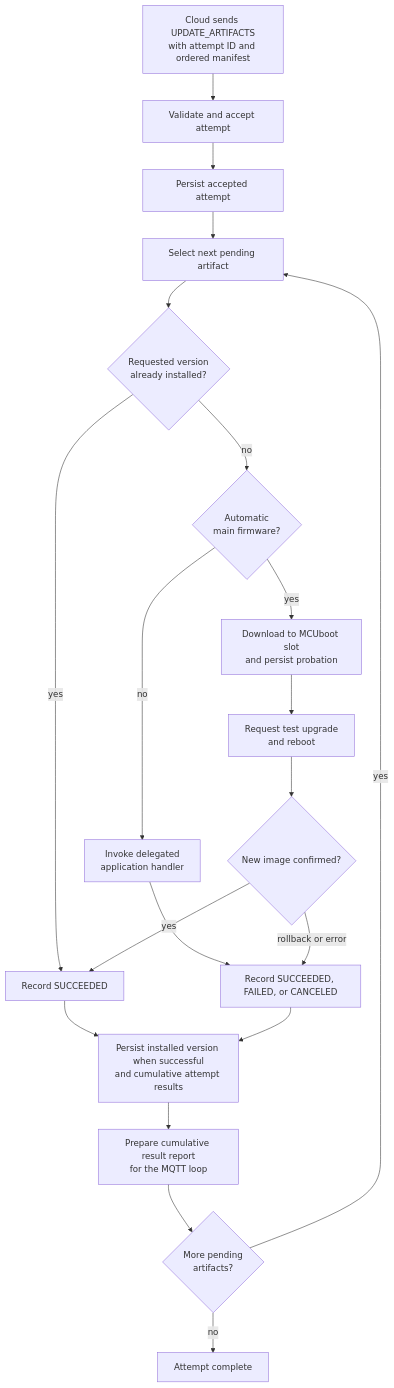
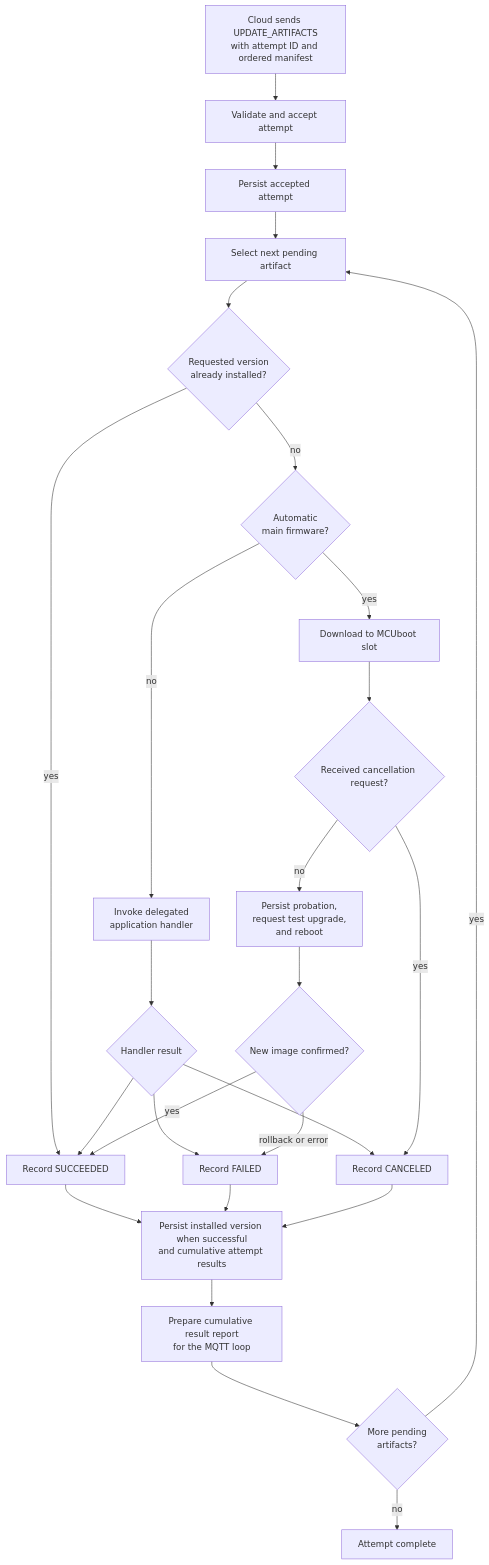
One commit to spotflow-io/device-sdk changed the first of 11 diagrams in zephyr/docs/ota.md. Above: the diagram before and after it, drawn with Mermaid.

Commit message:
Make basic workflow flowchart more precise

````diff
--- a/zephyr/docs/ota.md
+++ b/zephyr/docs/ota.md
@@ -72,30 +72,38 @@
 ```mermaid
 flowchart TD
     cloud["Cloud sends UPDATE_ARTIFACTS<br/>with attempt ID and ordered manifest"]
     accept["Validate and accept attempt"]
     persistAttempt["Persist accepted attempt"]
     next["Select next pending artifact"]
     installed{"Requested version<br/>already installed?"}
     kind{"Automatic<br/>main firmware?"}
-    skip["Record SUCCEEDED"]
     delegated["Invoke delegated<br/>application handler"]
-    main["Download to MCUboot slot<br/>and persist probation"]
-    reboot["Request test upgrade<br/>and reboot"]
+    delegatedResult{"Handler result"}
+    main["Download to MCUboot slot"]
+    isCanceled{"Received cancellation request?"}
+    reboot["Persist probation,<br/>request test upgrade,<br/>and reboot"]
     resolve{"New image confirmed?"}
-    result["Record SUCCEEDED, FAILED, or CANCELED"]
+    succeeded["Record SUCCEEDED"]
+    failed["Record FAILED"]
+    canceled["Record CANCELED"]
     persistResult["Persist installed version when successful<br/>and cumulative attempt results"]
     report["Prepare cumulative result report<br/>for the MQTT loop"]
     more{"More pending<br/>artifacts?"}
 
     cloud --> accept --> persistAttempt --> next
     next --> installed
-    installed -- yes --> skip --> persistResult
+    installed -- yes --> succeeded
     installed -- no --> kind
-    kind -- no --> delegated --> result --> persistResult
-    kind -- yes --> main --> reboot --> resolve
-    resolve -- yes --> skip
-    resolve -- rollback or error --> result
+    kind -- no --> delegated --> delegatedResult
+    delegatedResult --> succeeded
+    delegatedResult --> failed
+    delegatedResult --> canceled
+    succeeded & failed & canceled --> persistResult
+    kind -- yes --> main --> isCanceled -- no --> reboot --> resolve
+    isCanceled -- yes --> canceled
+    resolve -- yes --> succeeded
+    resolve -- rollback or error --> failed
     persistResult --> report --> more
     more -- yes --> next
     more -- no --> done["Attempt complete"]
 ```
````
